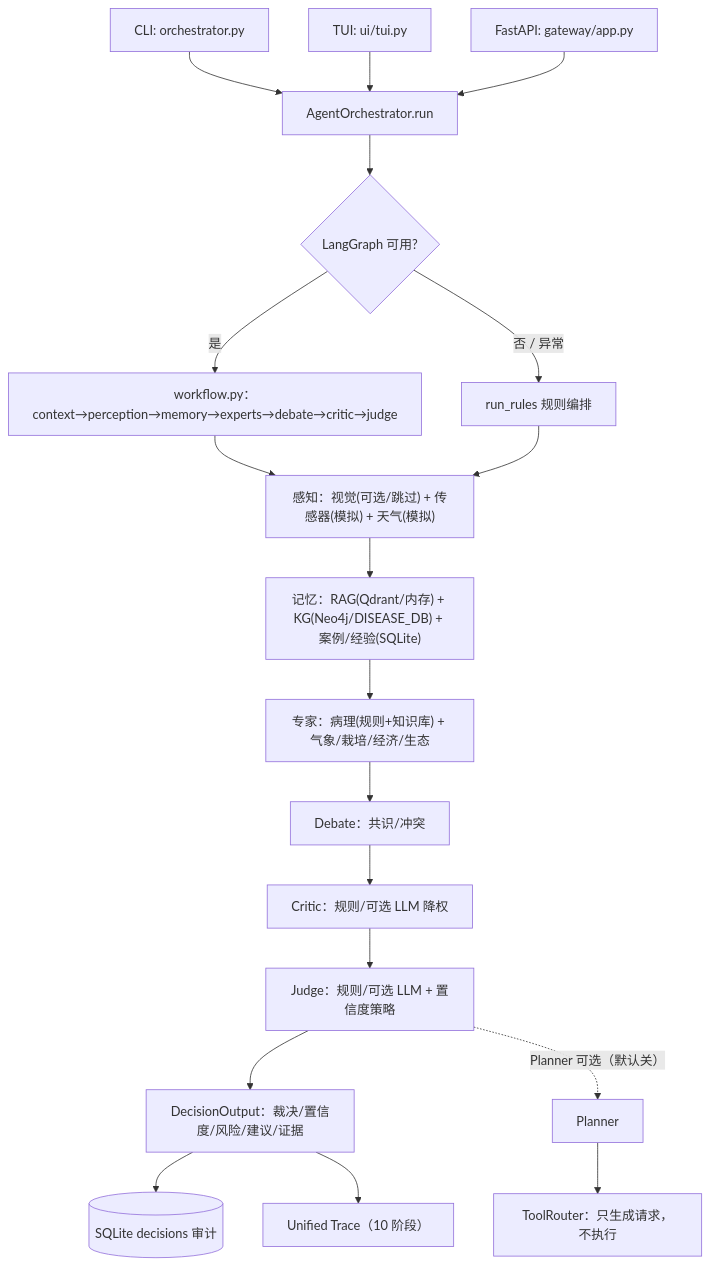
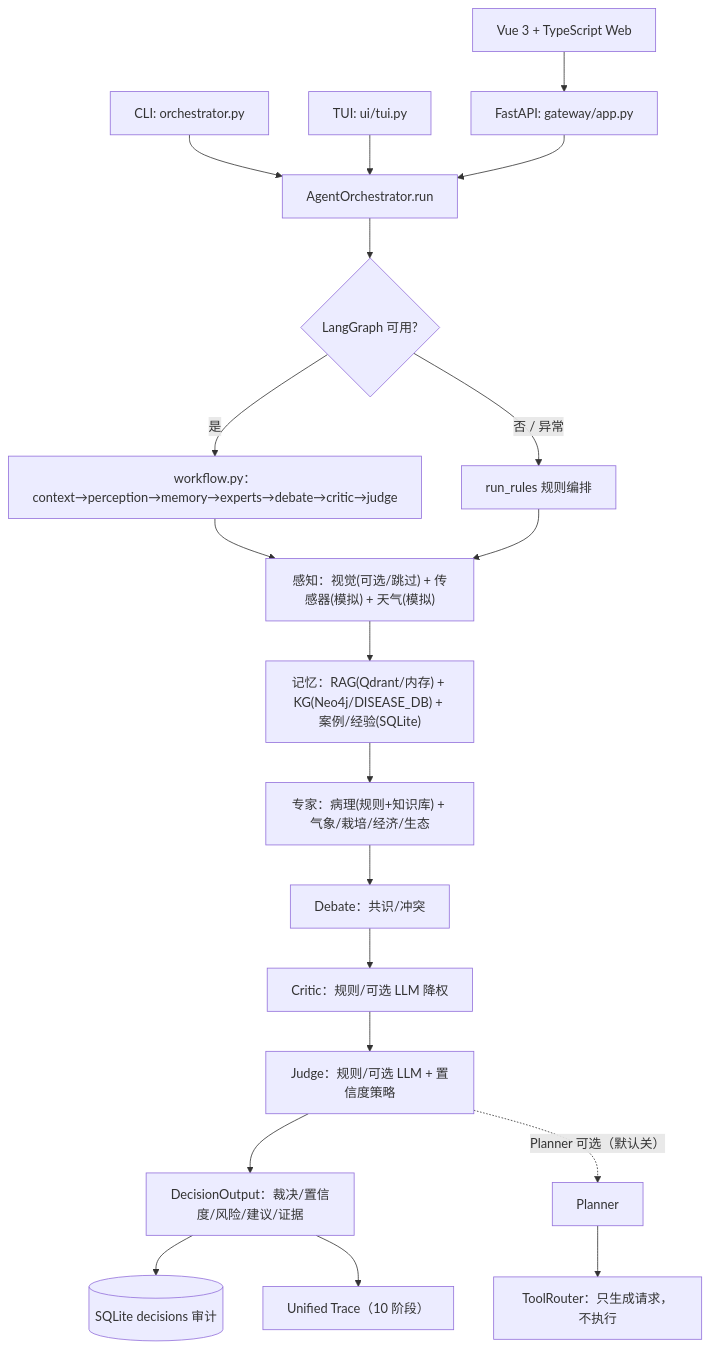
Before and after one commit to acdemi/ACIS: the diagram in README.md, drawn with Mermaid. The commit also changed other lines of this file and 45 other files, not shown here.

````diff
--- a/README.md
+++ b/README.md
@@ -40,20 +43,21 @@
 ```mermaid
 flowchart TD
   CLI["CLI: orchestrator.py"] --> ORCH["AgentOrchestrator.run"]
   TUI["TUI: ui/tui.py"] --> ORCH
-  API["FastAPI: gateway/app.py"] --> ORCH
+  WEB["Vue 3 + TypeScript Web"] --> API["FastAPI: gateway/app.py"]
+  API --> ORCH
   ORCH --> LG{"LangGraph 可用?"}
   LG -- "是" --> WF["workflow.py：context→perception→memory→experts→debate→critic→judge"]
   LG -- "否 / 异常" --> RULES["run_rules 规则编排"]
   WF --> PER["感知：视觉(可选/跳过) + 传感器(模拟) + 天气(模拟)"]
   RULES --> PER
   PER --> MEM["记忆：RAG(Qdrant/内存) + KG(Neo4j/DISEASE_DB) + 案例/经验(SQLite)"]
   MEM --> EXP["专家：病理(规则+知识库) + 气象/栽培/经济/生态"]
   EXP --> DEB["Debate：共识/冲突"]
   DEB --> CRI["Critic：规则/可选 LLM 降权"]
   CRI --> JUD["Judge：规则/可选 LLM + 置信度策略"]
   JUD --> OUT["DecisionOutput：裁决/置信度/风险/建议/证据"]
   OUT --> DB[("SQLite decisions 审计")]
   OUT --> TR["Unified Trace（10 阶段）"]
   JUD -. "Planner 可选（默认关）" .-> PLAN["Planner"] --> ROUTER["ToolRouter：只生成请求，不执行"]
 ```
````
